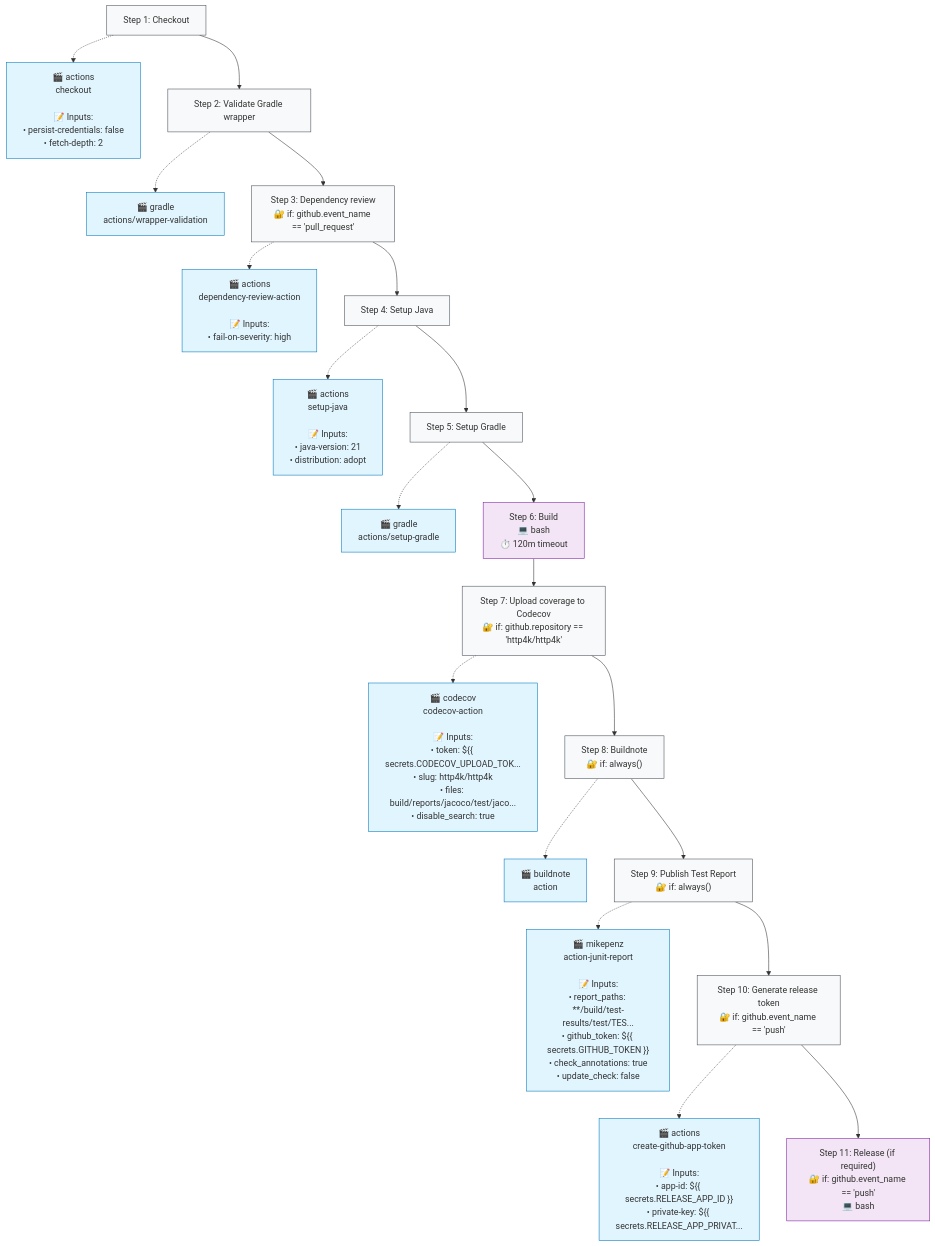
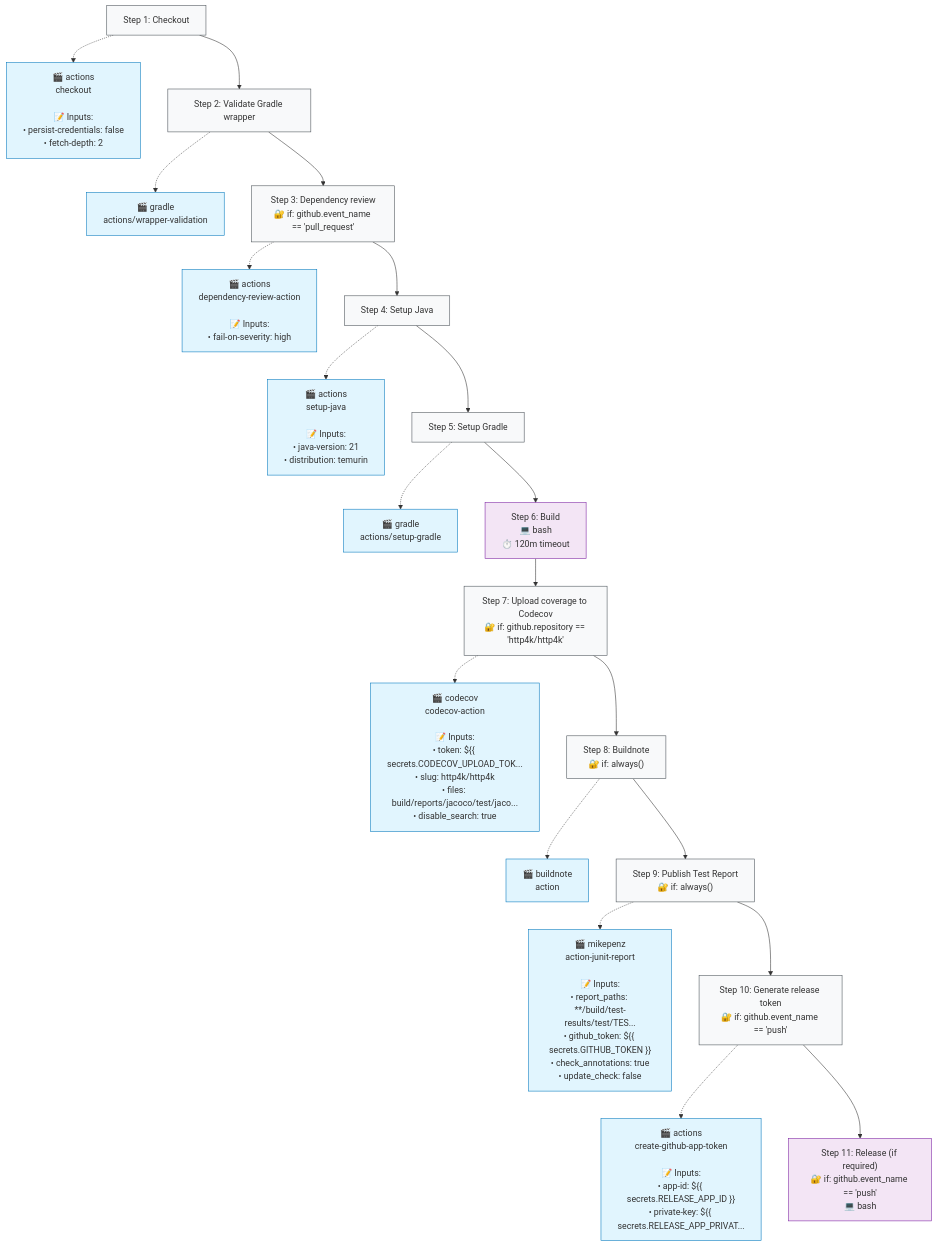
The second of 2 diagrams in .github/typeflows/build-http4k/README.md (http4k/http4k), drawn with Mermaid before and after one commit. The commit also changed 27 other files, not shown here.

````diff
--- a/.github/typeflows/build-http4k/README.md
+++ b/.github/typeflows/build-http4k/README.md
@@ -24,63 +24,63 @@
 ```mermaid
 %%{init: {"flowchart": {"curve": "basis"}}}%%
 flowchart TD
     step1["Step 1: Checkout"]
     style step1 fill:#f8f9fa,stroke:#495057
     action1["🎬 actions<br/>checkout<br/><br/>📝 Inputs:<br/>• persist-credentials: false<br/>• fetch-depth: 2"]
     style action1 fill:#e1f5fe,stroke:#0277bd
     step1 -.-> action1
     step2["Step 2: Validate Gradle wrapper"]
     style step2 fill:#f8f9fa,stroke:#495057
     action2["🎬 gradle<br/>actions/wrapper-validation"]
     style action2 fill:#e1f5fe,stroke:#0277bd
     step2 -.-> action2
     step1 --> step2
     step3["Step 3: Dependency review<br/>🔐 if: github.event_name == 'pull_request'"]
     style step3 fill:#f8f9fa,stroke:#495057
     action3["🎬 actions<br/>dependency-review-action<br/><br/>📝 Inputs:<br/>• fail-on-severity: high"]
     style action3 fill:#e1f5fe,stroke:#0277bd
     step3 -.-> action3
     step2 --> step3
     step4["Step 4: Setup Java"]
     style step4 fill:#f8f9fa,stroke:#495057
-    action4["🎬 actions<br/>setup-java<br/><br/>📝 Inputs:<br/>• java-version: 21<br/>• distribution: adopt"]
+    action4["🎬 actions<br/>setup-java<br/><br/>📝 Inputs:<br/>• java-version: 21<br/>• distribution: temurin"]
     style action4 fill:#e1f5fe,stroke:#0277bd
     step4 -.-> action4
     step3 --> step4
     step5["Step 5: Setup Gradle"]
     style step5 fill:#f8f9fa,stroke:#495057
     action5["🎬 gradle<br/>actions/setup-gradle"]
     style action5 fill:#e1f5fe,stroke:#0277bd
     step5 -.-> action5
     step4 --> step5
     step6["Step 6: Build<br/>💻 bash<br/>⏱️ 120m timeout"]
     style step6 fill:#f3e5f5,stroke:#7b1fa2
     step5 --> step6
     step7["Step 7: Upload coverage to Codecov<br/>🔐 if: github.repository == 'http4k/http4k'"]
     style step7 fill:#f8f9fa,stroke:#495057
     action7["🎬 codecov<br/>codecov-action<br/><br/>📝 Inputs:<br/>• token: ${{ secrets.CODECOV_UPLOAD_TOK...<br/>• slug: http4k/http4k<br/>• files: build/reports/jacoco/test/jaco...<br/>• disable_search: true"]
     style action7 fill:#e1f5fe,stroke:#0277bd
     step7 -.-> action7
     step6 --> step7
     step8["Step 8: Buildnote<br/>🔐 if: always()"]
     style step8 fill:#f8f9fa,stroke:#495057
     action8["🎬 buildnote<br/>action"]
     style action8 fill:#e1f5fe,stroke:#0277bd
     step8 -.-> action8
     step7 --> step8
     step9["Step 9: Publish Test Report<br/>🔐 if: always()"]
     style step9 fill:#f8f9fa,stroke:#495057
     action9["🎬 mikepenz<br/>action-junit-report<br/><br/>📝 Inputs:<br/>• report_paths: **/build/test-results/test/TES...<br/>• github_token: ${{ secrets.GITHUB_TOKEN }}<br/>• check_annotations: true<br/>• update_check: false"]
     style action9 fill:#e1f5fe,stroke:#0277bd
     step9 -.-> action9
     step8 --> step9
     step10["Step 10: Generate release token<br/>🔐 if: github.event_name == 'push'"]
     style step10 fill:#f8f9fa,stroke:#495057
     action10["🎬 actions<br/>create-github-app-token<br/><br/>📝 Inputs:<br/>• app-id: ${{ secrets.RELEASE_APP_ID }}<br/>• private-key: ${{ secrets.RELEASE_APP_PRIVAT..."]
     style action10 fill:#e1f5fe,stroke:#0277bd
     step10 -.-> action10
     step9 --> step10
     step11["Step 11: Release (if required)<br/>🔐 if: github.event_name == 'push'<br/>💻 bash"]
     style step11 fill:#f3e5f5,stroke:#7b1fa2
     step10 --> step11
 ```
````
